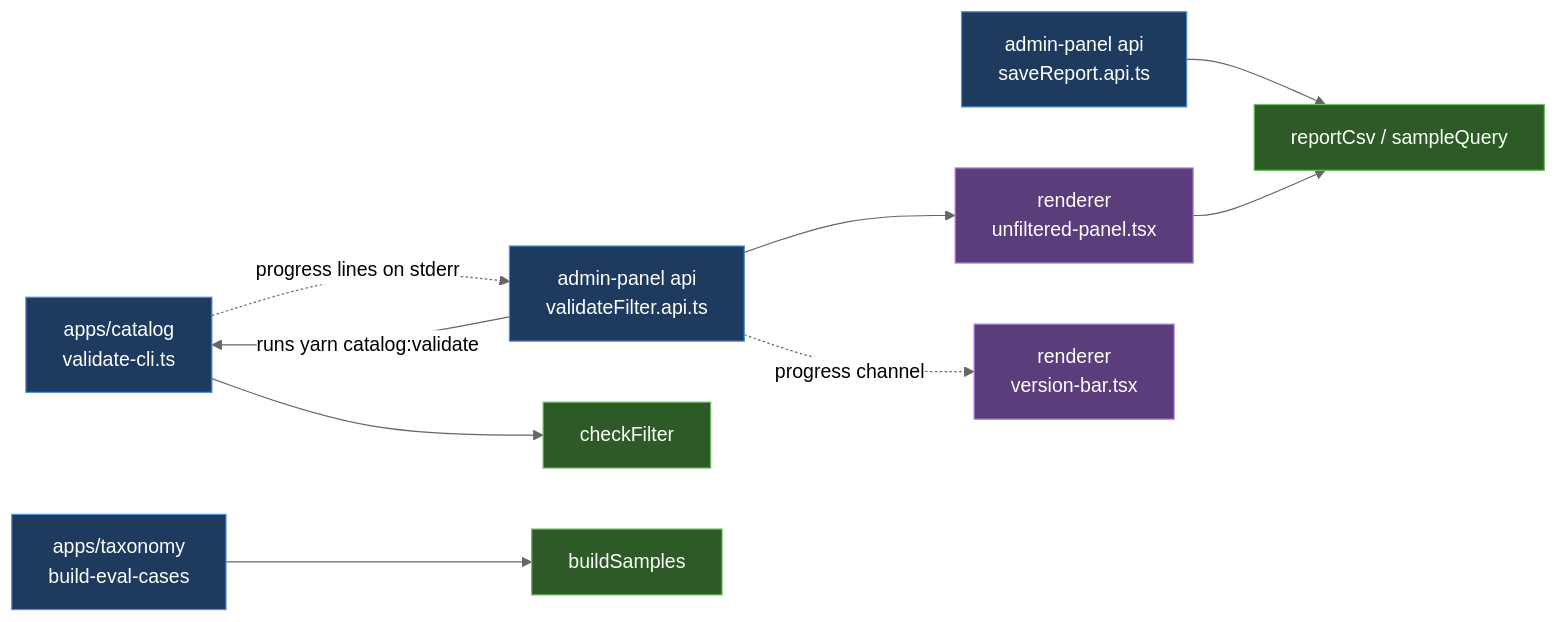
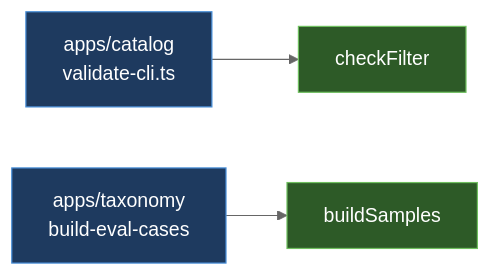
One commit to andreicaminschi/poe-stuff changed the fifth of 5 diagrams in docs/sample-validation.md. Above: the diagram before and after it, drawn with Mermaid (neutral theme). The commit also changed other lines of this file and 365 other files, not shown here.

First line of the commit message:
chore: remove generator, admin panel, filter-style, item-inspect and collector

````diff
--- a/docs/sample-validation.md
+++ b/docs/sample-validation.md
@@ -229,25 +229,12 @@
 ```mermaid
 flowchart LR
     classDef app fill:#1e3a5f,stroke:#4a90d9,color:#fff
     classDef lib fill:#2d5a27,stroke:#6fbf5f,color:#fff
-    classDef ui fill:#5a3d7a,stroke:#b388eb,color:#fff
-
     CLI["apps/catalog<br/>validate-cli.ts"]:::app
-    API["admin-panel api<br/>validateFilter.api.ts"]:::app
-    SAVE["admin-panel api<br/>saveReport.api.ts"]:::app
-    UIP["renderer<br/>unfiltered-panel.tsx"]:::ui
-    BAR["renderer<br/>version-bar.tsx"]:::ui
     CF["checkFilter"]:::lib
-    CSV["reportCsv / sampleQuery"]:::lib
     EV["apps/taxonomy<br/>build-eval-cases"]:::app
     SO["buildSamples"]:::lib
 
-    API -- "runs yarn catalog:validate" --> CLI
     CLI --> CF
-    CLI -. "progress lines on stderr" .-> API
-    API -. "progress channel" .-> BAR
-    API --> UIP
-    SAVE --> CSV
-    UIP --> CSV
     EV --> SO
 ```
````
